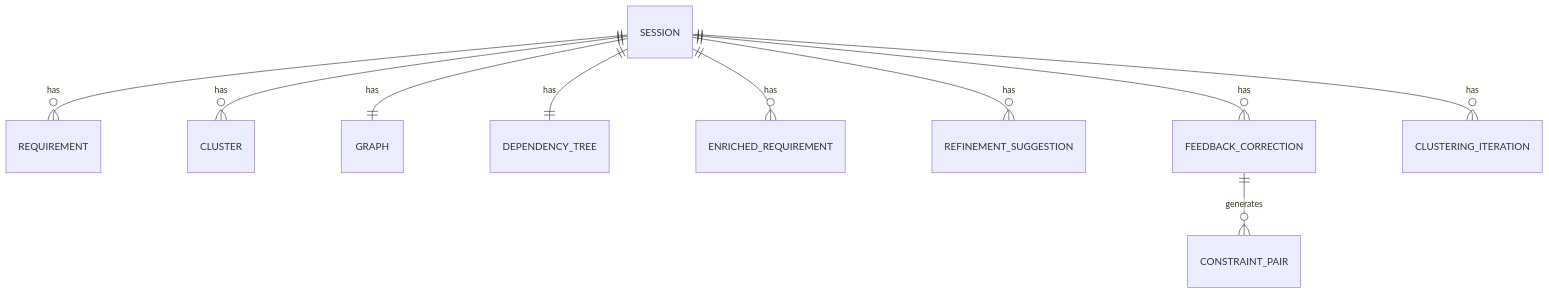
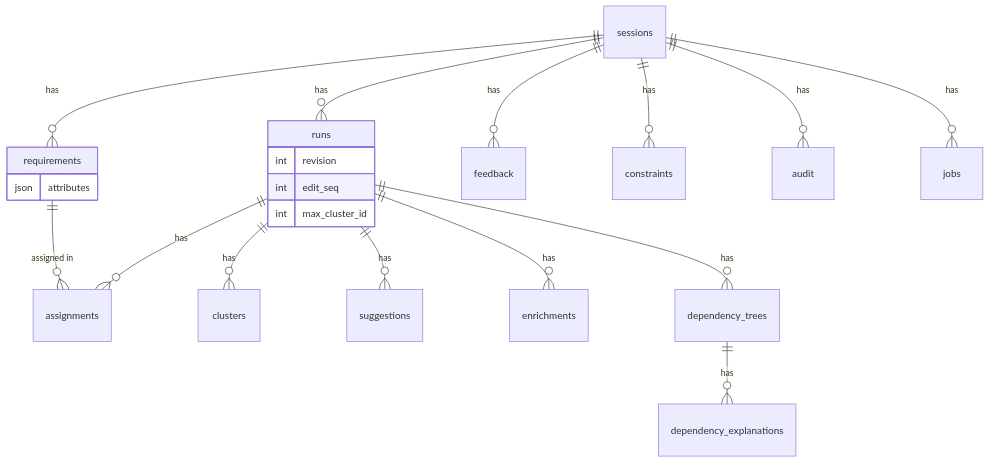
One commit to suraj-gupta-01/reqcluster changed the fourth of 4 diagrams in README.md. Above: the diagram before and after it, drawn with Mermaid. The commit also changed other lines of this file, not shown here.

Commit message:
docs: rewrite README for the redesigned app (architecture, pipeline, job lifecycle and data-model Mermaid diagrams, API, metrics, testing)

````diff
--- a/README.md
+++ b/README.md
@@ -100,12 +81,24 @@
 ```mermaid
 erDiagram
-    SESSION ||--o{ REQUIREMENT : has
-    SESSION ||--o{ CLUSTER : has
-    SESSION ||--|| GRAPH : has
-    SESSION ||--|| DEPENDENCY_TREE : has
-    SESSION ||--o{ ENRICHED_REQUIREMENT : has
-    SESSION ||--o{ REFINEMENT_SUGGESTION : has
-    SESSION ||--o{ FEEDBACK_CORRECTION : has
-    FEEDBACK_CORRECTION ||--o{ CONSTRAINT_PAIR : generates
-    SESSION ||--o{ CLUSTERING_ITERATION : has
+  sessions ||--o{ requirements : has
+  sessions ||--o{ runs : has
+  sessions ||--o{ feedback : has
+  sessions ||--o{ constraints : has
+  sessions ||--o{ audit : has
+  sessions ||--o{ jobs : has
+  runs ||--o{ assignments : has
+  runs ||--o{ clusters : has
+  runs ||--o{ suggestions : has
+  runs ||--o{ enrichments : has
+  runs ||--o{ dependency_trees : has
+  dependency_trees ||--o{ dependency_explanations : has
+  requirements ||--o{ assignments : "assigned in"
+  runs {
+    int revision
+    int edit_seq
+    int max_cluster_id
+  }
+  requirements {
+    json attributes
+  }
 ```
````
